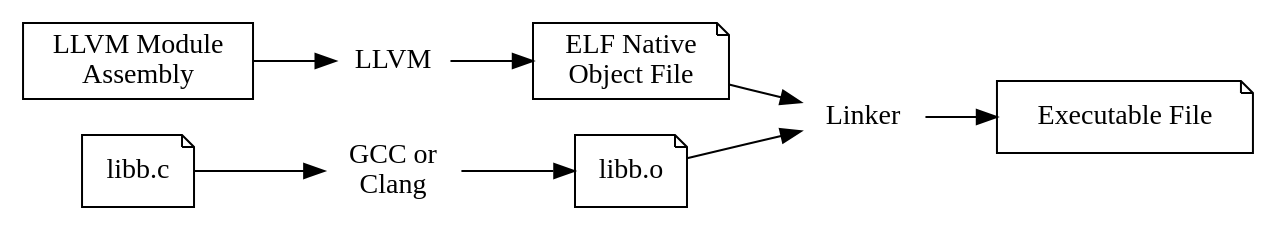
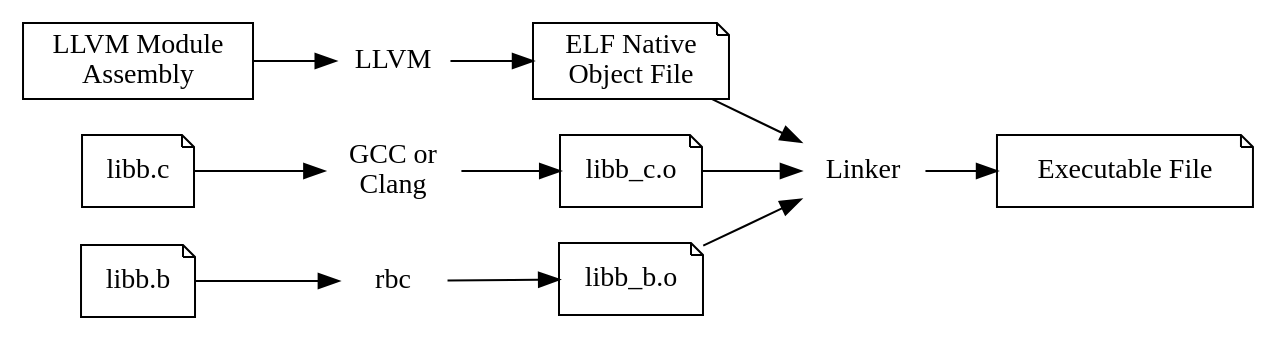
One commit to rjw57/rbc changed the diagram in doc/fig/llvm_to_exe.dot. Above: the diagram before and after it, drawn with Graphviz. The commit also changed 1 other file, not shown here.

```diff
--- a/doc/fig/llvm_to_exe.dot
+++ b/doc/fig/llvm_to_exe.dot
@@ -1,19 +1,23 @@
 digraph {
     rankdir="LR";
     node [ shape="rect" ] ;
 
     module [ label="LLVM Module\nAssembly" ] ;
     object [ label="ELF Native\nObject File" shape="note" ] ;
     executable [ label="Executable File" shape="note" ] ;
     llvm [ label="LLVM" shape="plaintext" ] ;
 
     linker [ label="Linker" shape="plaintext" ] ;
 
     module -> llvm -> object ;
     object -> linker -> executable ;
 
-    libb [ label="libb.o" shape="note" ] ;
-    libb_source [ label="libb.c" shape="note" ] ;
+    libb_c [ label="libb_c.o" shape="note" ] ;
+    libb_c_source [ label="libb.c" shape="note" ] ;
+    libb_b_source [ label="libb.b" shape="note" ] ;
+    libb_b [ label="libb_b.o" shape="note" ] ;
     gcc [ label="GCC or\nClang" shape="plaintext" ];
-    libb_source -> gcc -> libb -> linker ;
+    rbc [ label="rbc" shape="plaintext" ];
+    libb_c_source -> gcc -> libb_c -> linker ;
+    libb_b_source -> rbc -> libb_b -> linker ;
 }
```
